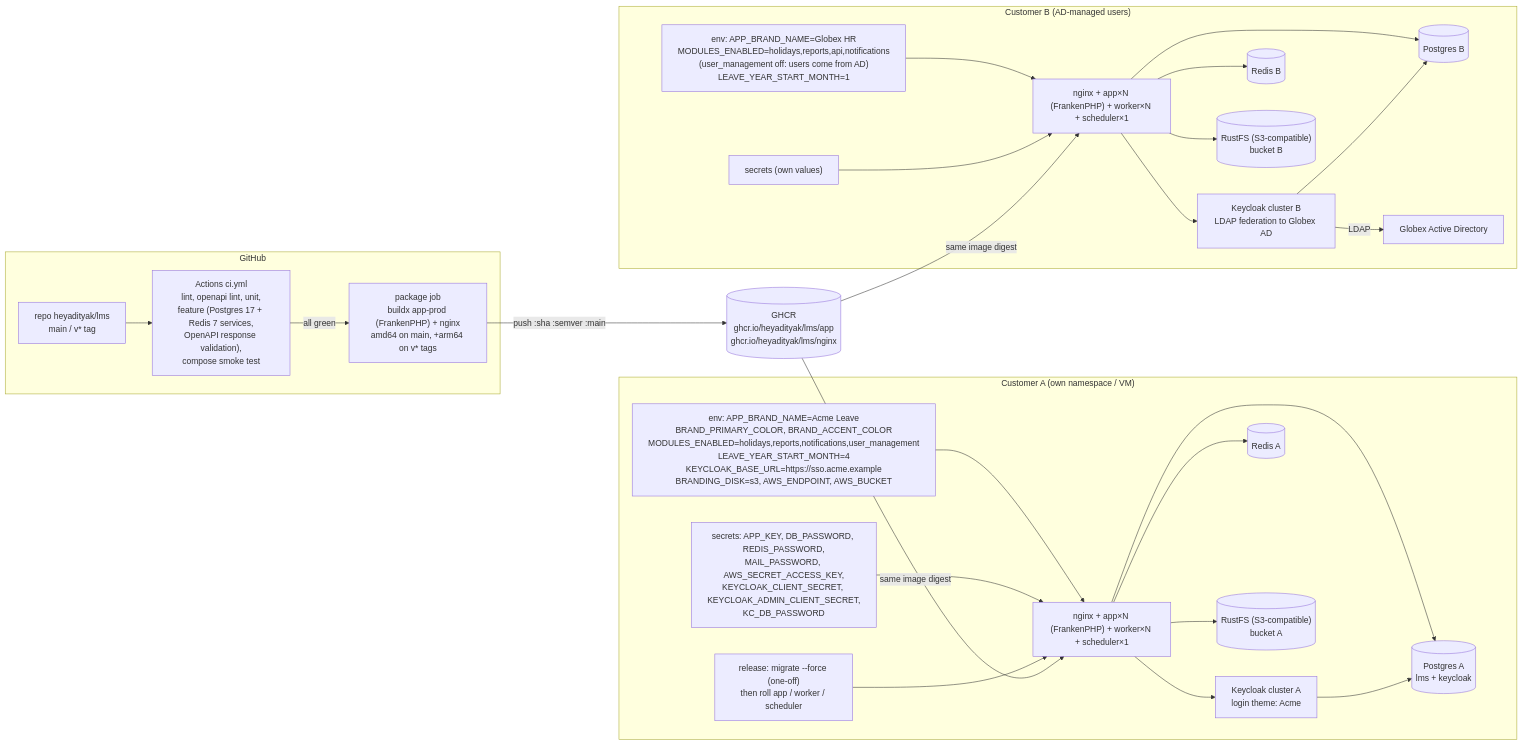
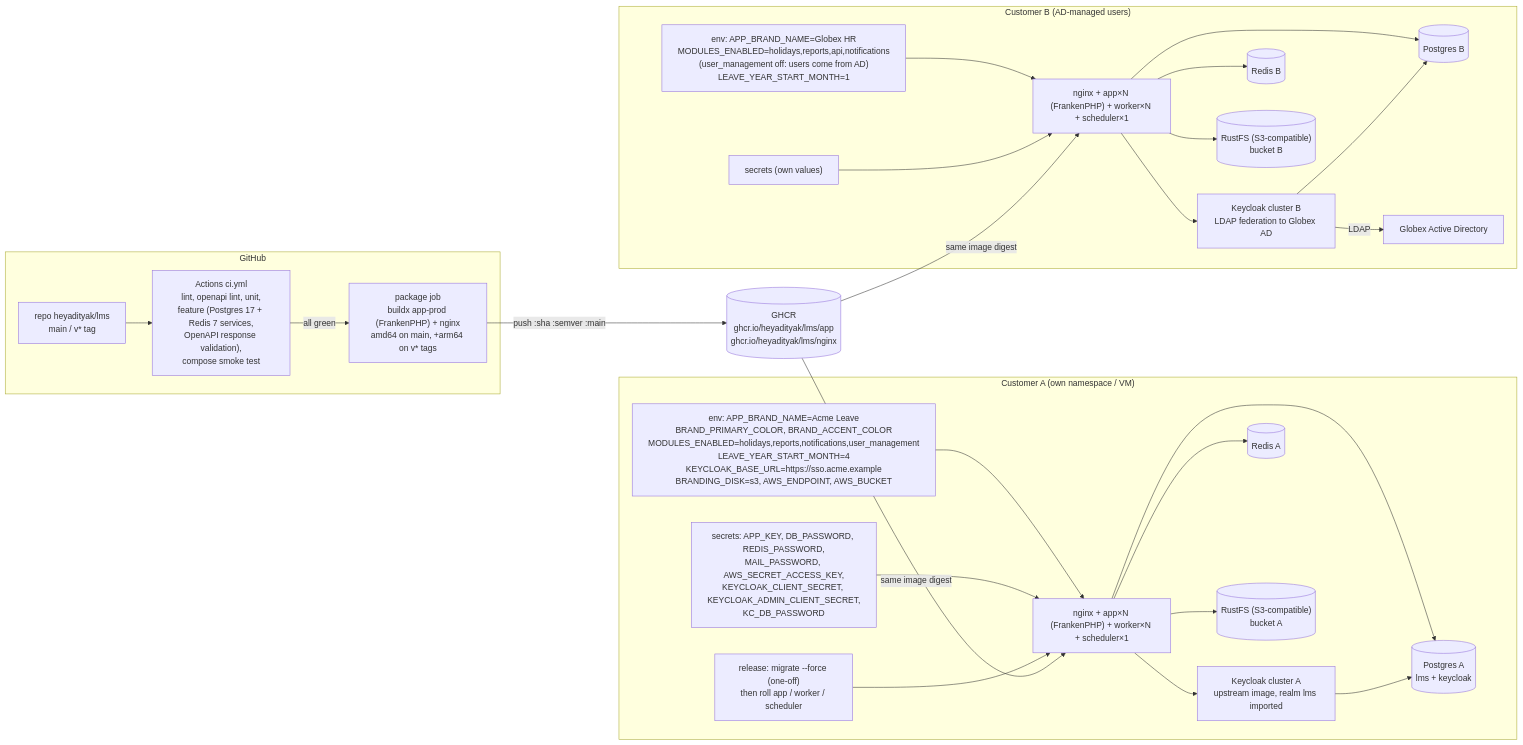
Before and after one commit to heyadityak/lms: the third of 4 diagrams in docs/diagrams/01-system-design.md, drawn with Mermaid. The commit also changed other lines of this file and 49 other files, not shown here.

````diff
--- a/docs/diagrams/01-system-design.md
+++ b/docs/diagrams/01-system-design.md
@@ -92,49 +94,49 @@
 ```mermaid
 flowchart LR
     subgraph gh["GitHub"]
         repo["repo heyadityak/lms<br/>main / v* tag"] --> ci["Actions ci.yml<br/>lint, openapi lint, unit,<br/>feature (Postgres 17 + Redis 7 services,<br/>OpenAPI response validation),<br/>compose smoke test"]
         ci -->|all green| pkg["package job<br/>buildx app-prod (FrankenPHP) + nginx<br/>amd64 on main, +arm64 on v* tags"]
     end
     pkg -->|push :sha :semver :main| ghcr[("GHCR<br/>ghcr.io/heyadityak/lms/app<br/>ghcr.io/heyadityak/lms/nginx")]
 
     subgraph custA["Customer A (own namespace / VM)"]
         envA["env: APP_BRAND_NAME=Acme Leave<br/>BRAND_PRIMARY_COLOR, BRAND_ACCENT_COLOR<br/>MODULES_ENABLED=holidays,reports,notifications,user_management<br/>LEAVE_YEAR_START_MONTH=4<br/>KEYCLOAK_BASE_URL=https://sso.acme.example<br/>BRANDING_DISK=s3, AWS_ENDPOINT, AWS_BUCKET"]
         secA["secrets: APP_KEY, DB_PASSWORD, REDIS_PASSWORD,<br/>MAIL_PASSWORD, AWS_SECRET_ACCESS_KEY,<br/>KEYCLOAK_CLIENT_SECRET, KEYCLOAK_ADMIN_CLIENT_SECRET,<br/>KC_DB_PASSWORD"]
         relA["release: migrate --force (one-off)<br/>then roll app / worker / scheduler"]
         runA["nginx + app×N (FrankenPHP) + worker×N + scheduler×1"]
-        kcA["Keycloak cluster A<br/>login theme: Acme"]
+        kcA["Keycloak cluster A<br/>upstream image, realm lms imported"]
         dbA[("Postgres A<br/>lms + keycloak")]
         rA[("Redis A")]
         bA[("RustFS (S3-compatible)<br/>bucket A")]
         envA --> runA
         secA --> runA
         relA --> runA
         runA --> dbA
         runA --> rA
         runA --> bA
         runA --> kcA
         kcA --> dbA
     end
 
     subgraph custB["Customer B (AD-managed users)"]
         envB["env: APP_BRAND_NAME=Globex HR<br/>MODULES_ENABLED=holidays,reports,api,notifications<br/>(user_management off: users come from AD)<br/>LEAVE_YEAR_START_MONTH=1"]
         secB["secrets (own values)"]
         runB["nginx + app×N (FrankenPHP) + worker×N + scheduler×1"]
         kcB["Keycloak cluster B<br/>LDAP federation to Globex AD"]
         dbB[("Postgres B")]
         rB[("Redis B")]
         bB[("RustFS (S3-compatible)<br/>bucket B")]
         ad["Globex Active Directory"]
         envB --> runB
         secB --> runB
         runB --> dbB
         runB --> rB
         runB --> bB
         runB --> kcB
         kcB --> dbB
         kcB -->|LDAP| ad
     end
 
     ghcr -->|same image digest| runA
     ghcr -->|same image digest| runB
 ```
````
